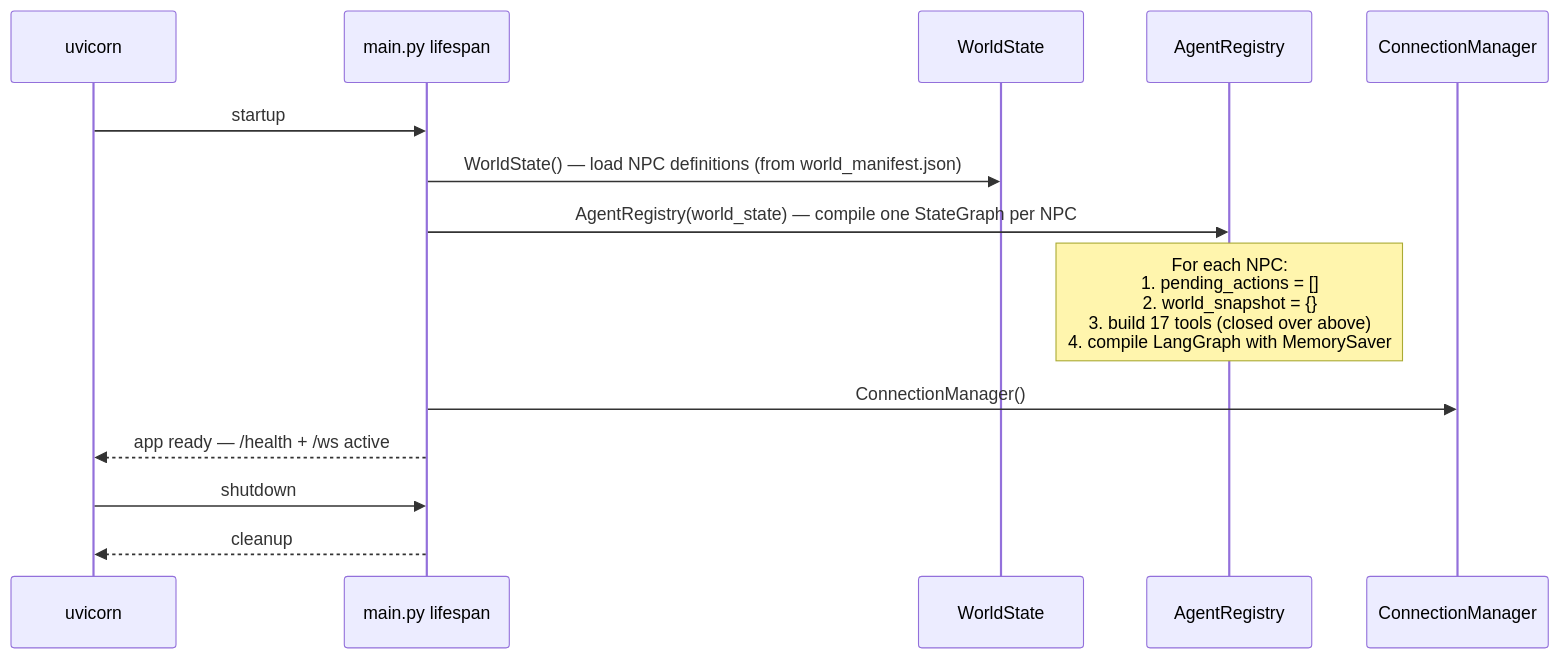
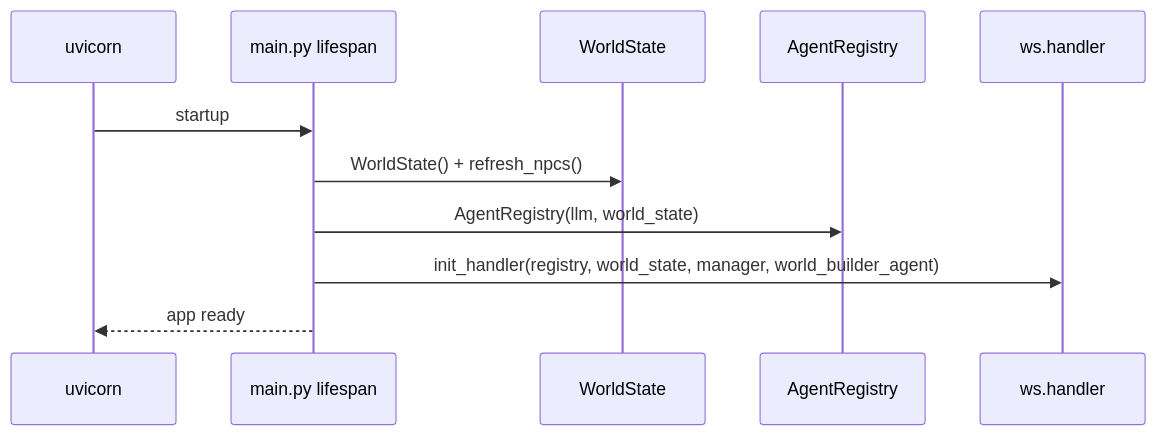
Before and after one commit to Zaexv/world-of-prompcraft: the second of 7 diagrams in server/ARCHITECTURE.md, drawn with Mermaid. The commit also changed other lines of this file and 2 other files, not shown here.

Commit message:
docs(architecture): update client/server architecture docs

````diff
--- a/server/ARCHITECTURE.md
+++ b/server/ARCHITECTURE.md
@@ -60,18 +71,14 @@
 ```mermaid
 sequenceDiagram
-    participant UV as uvicorn
-    participant MA as main.py lifespan
-    participant WS as WorldState
-    participant AR as AgentRegistry
-    participant CM as ConnectionManager
+    participant U as uvicorn
+    participant M as main.py lifespan
+    participant W as WorldState
+    participant R as AgentRegistry
+    participant H as ws.handler
 
-    UV->>MA: startup
-    MA->>WS: WorldState() — load NPC definitions (from world_manifest.json)
-    MA->>AR: AgentRegistry(world_state) — compile one StateGraph per NPC
-    Note over AR: For each NPC:<br/>1. pending_actions = []<br/>2. world_snapshot = {}<br/>3. build 17 tools (closed over above)<br/>4. compile LangGraph with MemorySaver
-    MA->>CM: ConnectionManager()
-    MA-->>UV: app ready — /health + /ws active
-
-    UV->>MA: shutdown
-    MA-->>UV: cleanup
+    U->>M: startup
+    M->>W: WorldState() + refresh_npcs()
+    M->>R: AgentRegistry(llm, world_state)
+    M->>H: init_handler(registry, world_state, manager, world_builder_agent)
+    M-->>U: app ready
 ```
````
